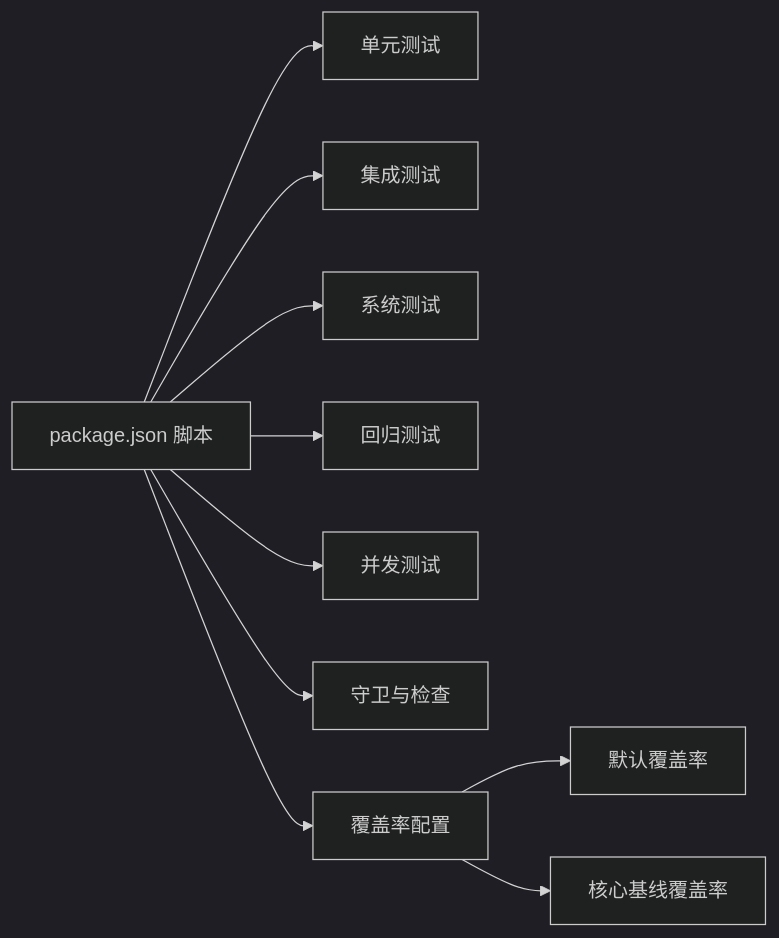
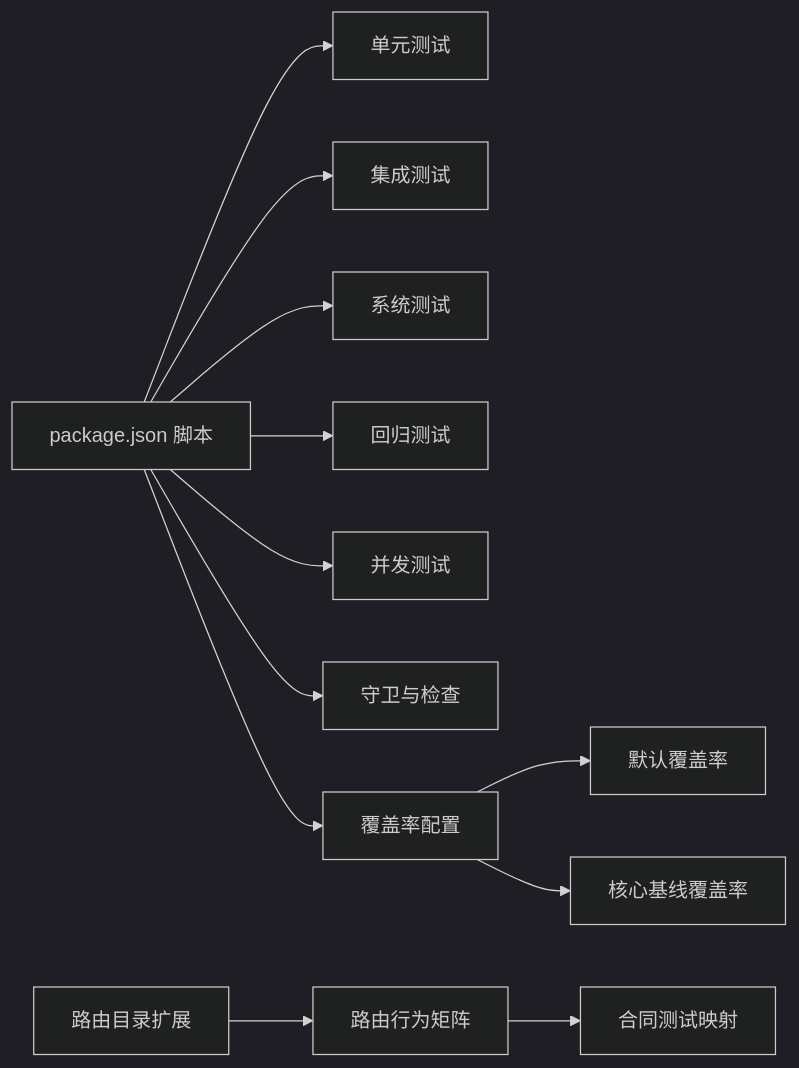
The sixth of 6 diagrams in .qoder/repowiki/zh/content/测试策略/测试策略.md (lyl2021/waoowaoo), drawn with Mermaid (dark theme) before and after one commit. The commit also changed other lines of this file and 43 other files, not shown here.

````diff
--- a/.qoder/repowiki/zh/content/测试策略/测试策略.md
+++ b/.qoder/repowiki/zh/content/测试策略/测试策略.md
@@ -340,12 +443,14 @@
 ```mermaid
 graph LR
 P["package.json 脚本"] --> U["单元测试"]
 P --> I["集成测试"]
 P --> S["系统测试"]
 P --> R["回归测试"]
 P --> C["并发测试"]
 P --> G["守卫与检查"]
 P --> COV["覆盖率配置"]
 COV --> V1["默认覆盖率"]
 COV --> V2["核心基线覆盖率"]
+RC["路由目录扩展"] --> RBM["路由行为矩阵"]
+RBM --> CT["合同测试映射"]
 ```
````
